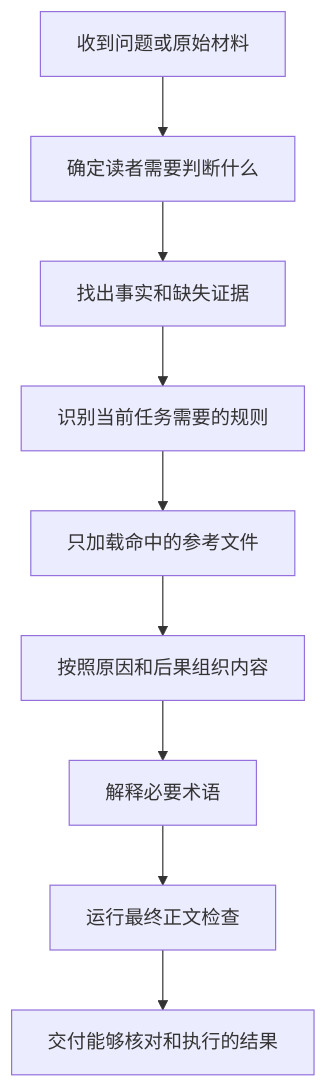
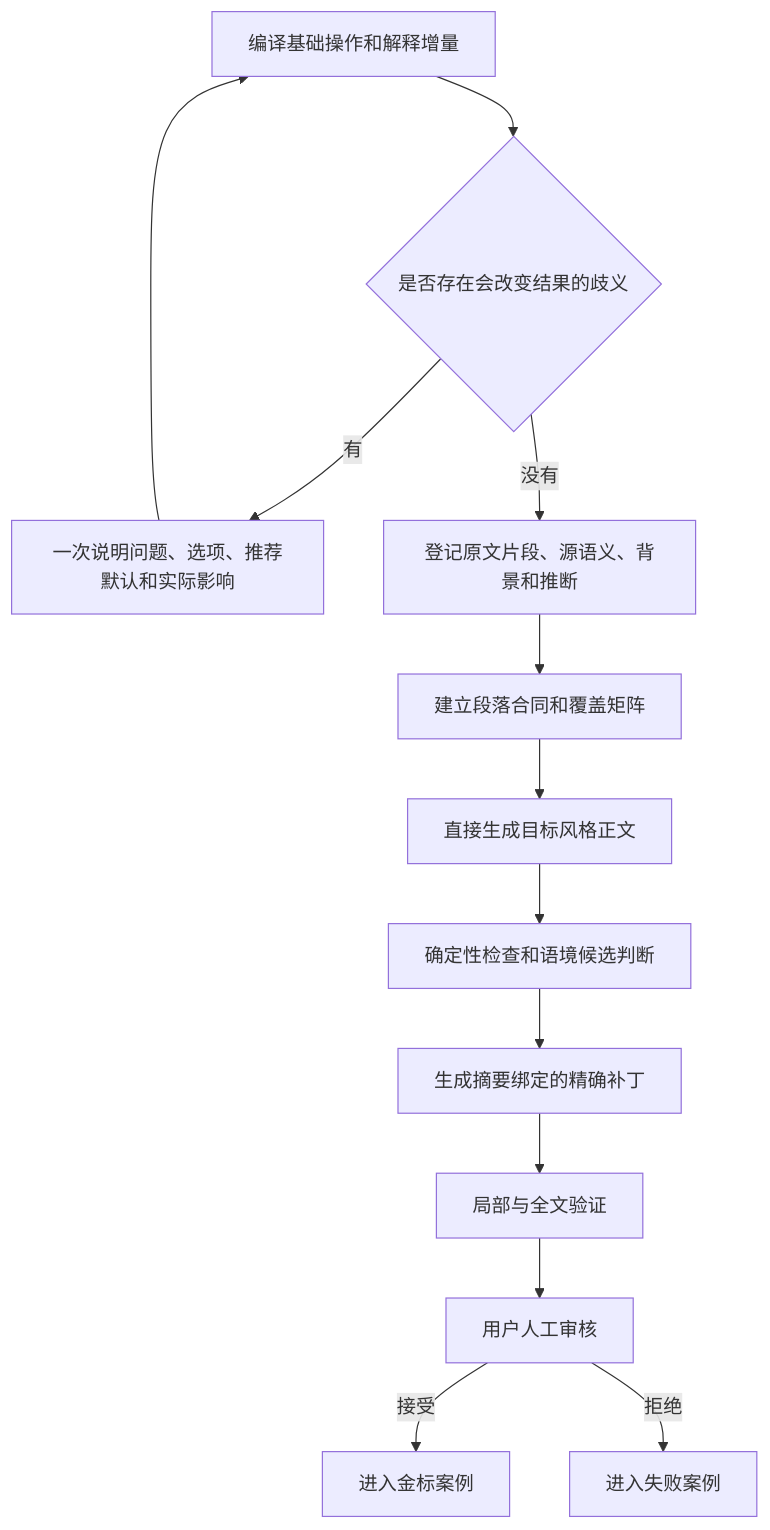
One commit to AIALRA-0/agent-human-readable-technical-writing changed the diagram in README.md. Above: the diagram before and after it, drawn with Mermaid. The commit also changed other lines of this file and 82 other files, not shown here.

````diff
--- a/README.md
+++ b/README.md
@@ -339,12 +35,15 @@
 ```mermaid
-%% 从原始材料开始展示完整处理顺序
 flowchart TD
-    A["收到问题或原始材料"] --> B["确定读者需要判断什么"]
-    B --> C["找出事实和缺失证据"]
-    C --> D["识别当前任务需要的规则"]
-    D --> E["只加载命中的参考文件"]
-    E --> F["按照原因和后果组织内容"]
-    F --> G["解释必要术语"]
-    G --> H["运行最终正文检查"]
-    H --> I["交付能够核对和执行的结果"]
+    A[编译基础操作和解释增量] --> B{是否存在会改变结果的歧义}
+    B -->|有| C[一次说明问题、选项、推荐默认和实际影响]
+    C --> A
+    B -->|没有| D[登记原文片段、源语义、背景和推断]
+    D --> E[建立段落合同和覆盖矩阵]
+    E --> F[直接生成目标风格正文]
+    F --> G[确定性检查和语境候选判断]
+    G --> H[生成摘要绑定的精确补丁]
+    H --> I[局部与全文验证]
+    I --> J[用户人工审核]
+    J -->|接受| K[进入金标案例]
+    J -->|拒绝| L[进入失败案例]
 ```
````
